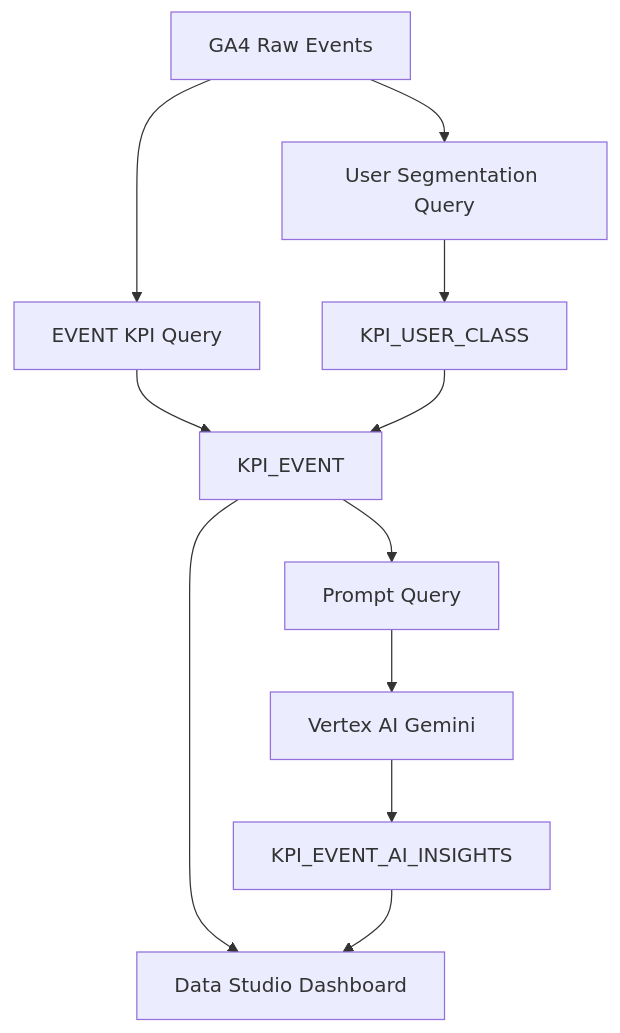
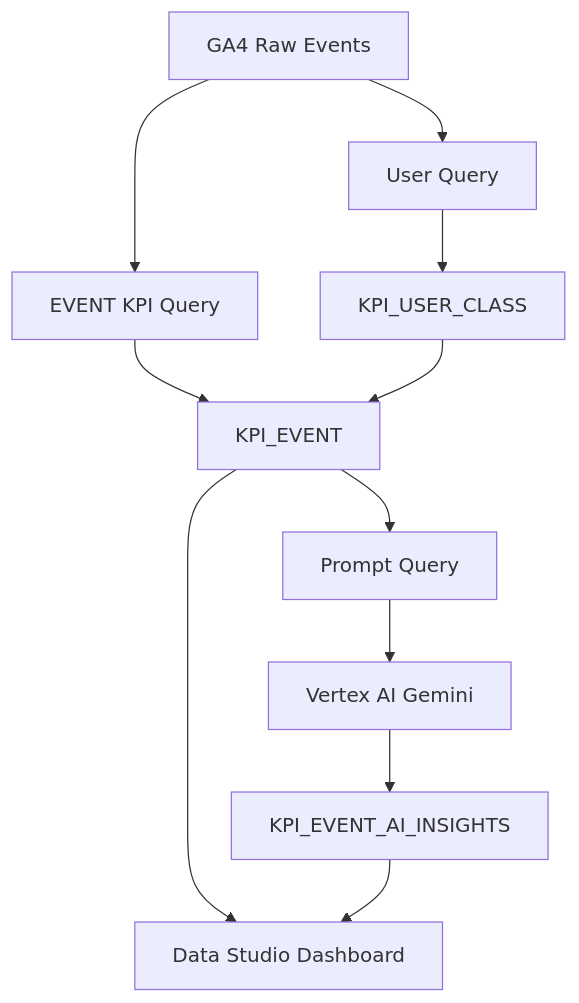
The diagram in README.md (qkrwlfjddl/Marketing-KPI-AI-Insight), drawn with Mermaid before and after one commit.

````diff
--- a/README.md
+++ b/README.md
@@ -56,16 +56,16 @@
 ```mermaid
 flowchart TD
     A["GA4 Raw Events"] --> B["EVENT KPI Query"]
     B --> C["KPI_EVENT"]
 
-    A --> D["User Segmentation Query"]
+    A --> D["User Query"]
     D --> E["KPI_USER_CLASS"]
     E --> C
 
     C --> F["Prompt Query"]
     F --> G["Vertex AI Gemini"]
     G --> H["KPI_EVENT_AI_INSIGHTS"]
 
     C --> I["Data Studio Dashboard"]
     H --> I
 ```
````
